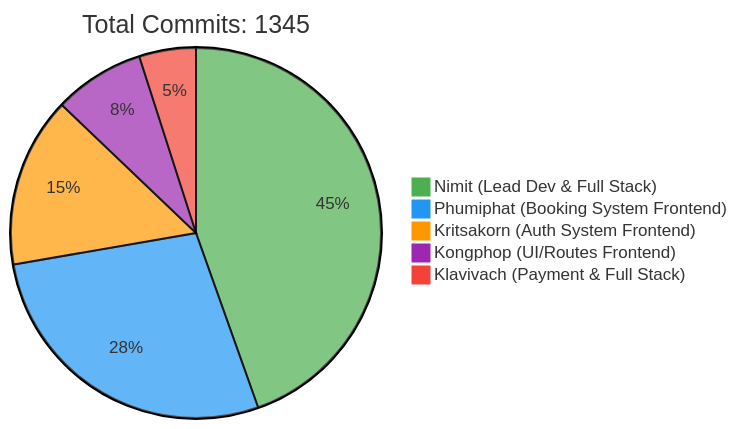
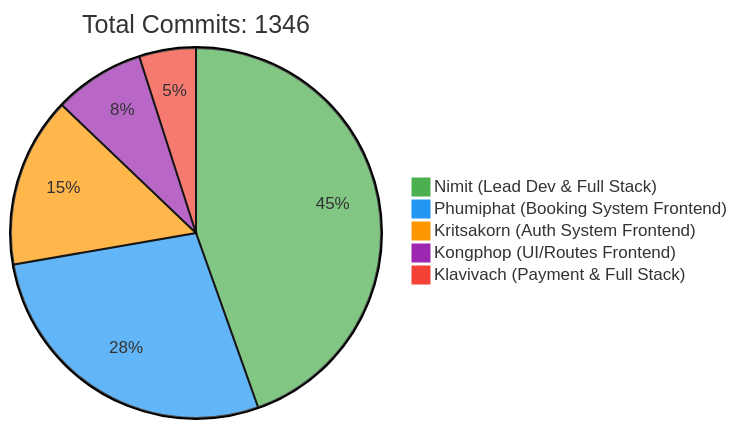
One commit to 6531503042/Sport-Complex changed the first of 2 diagrams in README.md. Above: the diagram before and after it, drawn with Mermaid. The commit also changed other lines of this file, not shown here.

Commit message:
docs: Update contributor statistics [skip ci]

````diff
--- a/README.md
+++ b/README.md
@@ -257,10 +257,10 @@
 ```mermaid
 %%{init: {'theme': 'base', 'themeVariables': { 'pie1': '#4CAF50', 'pie2': '#2196F3', 'pie3': '#FF9800', 'pie4': '#9C27B0', 'pie5': '#F44336'}}}%%
 pie
-    title Total Commits: 1345
+    title Total Commits: 1346
     "Nimit (Lead Dev & Full Stack)" : 450
     "Phumiphat (Booking System Frontend)" : 280
     "Kritsakorn (Auth System Frontend)" : 150
     "Kongphop (UI/Routes Frontend)" : 80
     "Klavivach (Payment & Full Stack)" : 50
 ```
````
